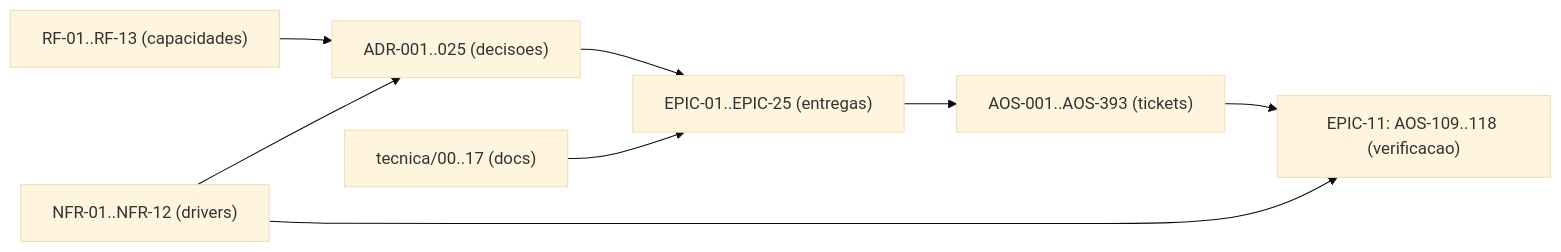
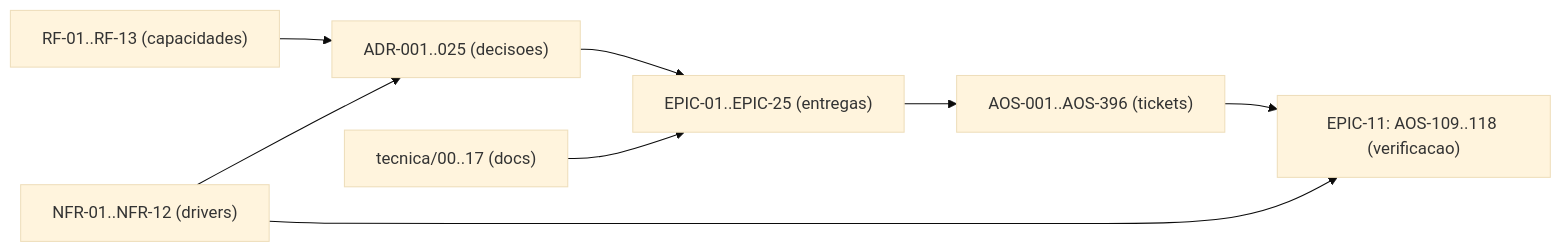
One commit to albinoJimy/aos changed the diagram in tecnica/16_Rastreabilidade_RTM.md. Above: the diagram before and after it, drawn with Mermaid (base theme). The commit also changed other lines of this file and 2 other files, not shown here.

First line of the commit message:
docs(AOS-394,AOS-395,AOS-396): tickets para o gateway sem run e o model_id vazio no manifesto (#301)

````diff
--- a/tecnica/16_Rastreabilidade_RTM.md
+++ b/tecnica/16_Rastreabilidade_RTM.md
@@ -183,10 +183,10 @@
 ```mermaid
 flowchart LR
     RF["RF-01..RF-13 (capacidades)"] --> ADR["ADR-001..025 (decisoes)"]
     NFR["NFR-01..NFR-12 (drivers)"] --> ADR
     ADR --> EPIC["EPIC-01..EPIC-25 (entregas)"]
-    EPIC --> TICK["AOS-001..AOS-393 (tickets)"]
+    EPIC --> TICK["AOS-001..AOS-396 (tickets)"]
     DOC["tecnica/00..17 (docs)"] --> EPIC
     TICK --> TEST["EPIC-11: AOS-109..118 (verificacao)"]
     NFR --> TEST
 ```
````
